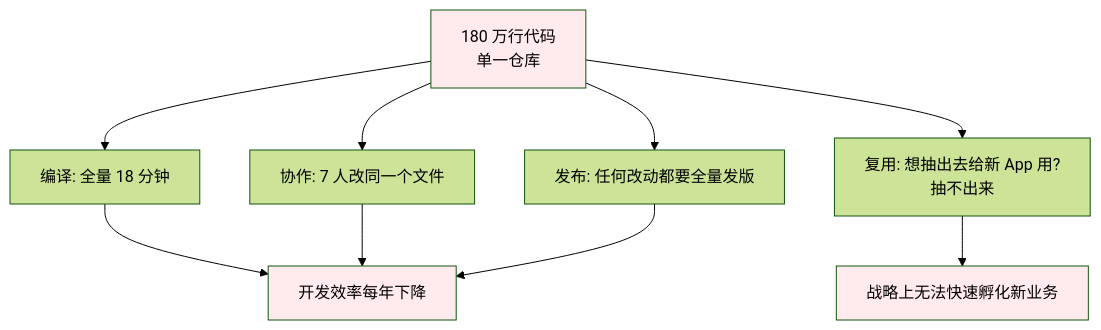
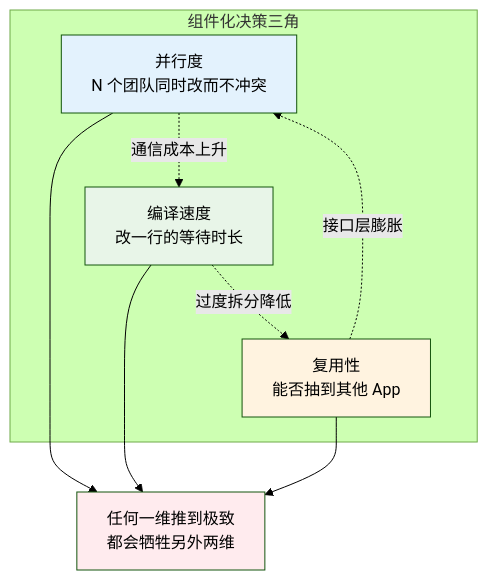
Before and after one commit to chongyang211/YCBookBlog: the first of 10 diagrams in docs/10.真经/05.方案设计思想/02.组件化方案的设计.md, drawn with Mermaid (forest theme). The commit also changed other lines of this file and 36 other files, not shown here.

````diff
--- a/docs/10.真经/05.方案设计思想/02.组件化方案的设计.md
+++ b/docs/10.真经/05.方案设计思想/02.组件化方案的设计.md
@@ -80,16 +140,23 @@
 ```mermaid
-flowchart TD
-    A[180 万行代码<br/>单一仓库] --> B[编译: 全量 18 分钟]
-    A --> C[协作: 7 人改同一个文件]
-    A --> D[发布: 任何改动都要全量发版]
-    A --> E[复用: 想抽出去给新 App 用?<br/>抽不出来]
+graph TB
+    subgraph "组件化决策三角"
+        C[并行度<br/>N 个团队同时改而不冲突]
+        S[编译速度<br/>改一行的等待时长]
+        R[复用性<br/>能否抽到其他 App]
+    end
     
-    B --> F[开发效率每年下降]
-    C --> F
-    D --> F
-    E --> G[战略上无法快速孵化新业务]
+    C -.通信成本上升.-> S
+    S -.过度拆分降低.-> R
+    R -.接口层膨胀.-> C
     
-    style A fill:#ffebee
-    style F fill:#ffebee
-    style G fill:#ffebee
+    Trade[任何一维推到极致<br/>都会牺牲另外两维]
+    
+    C --> Trade
+    S --> Trade
+    R --> Trade
+    
+    style C fill:#e3f2fd
+    style S fill:#e8f5e8
+    style R fill:#fff3e0
+    style Trade fill:#ffebee
 ```
````
